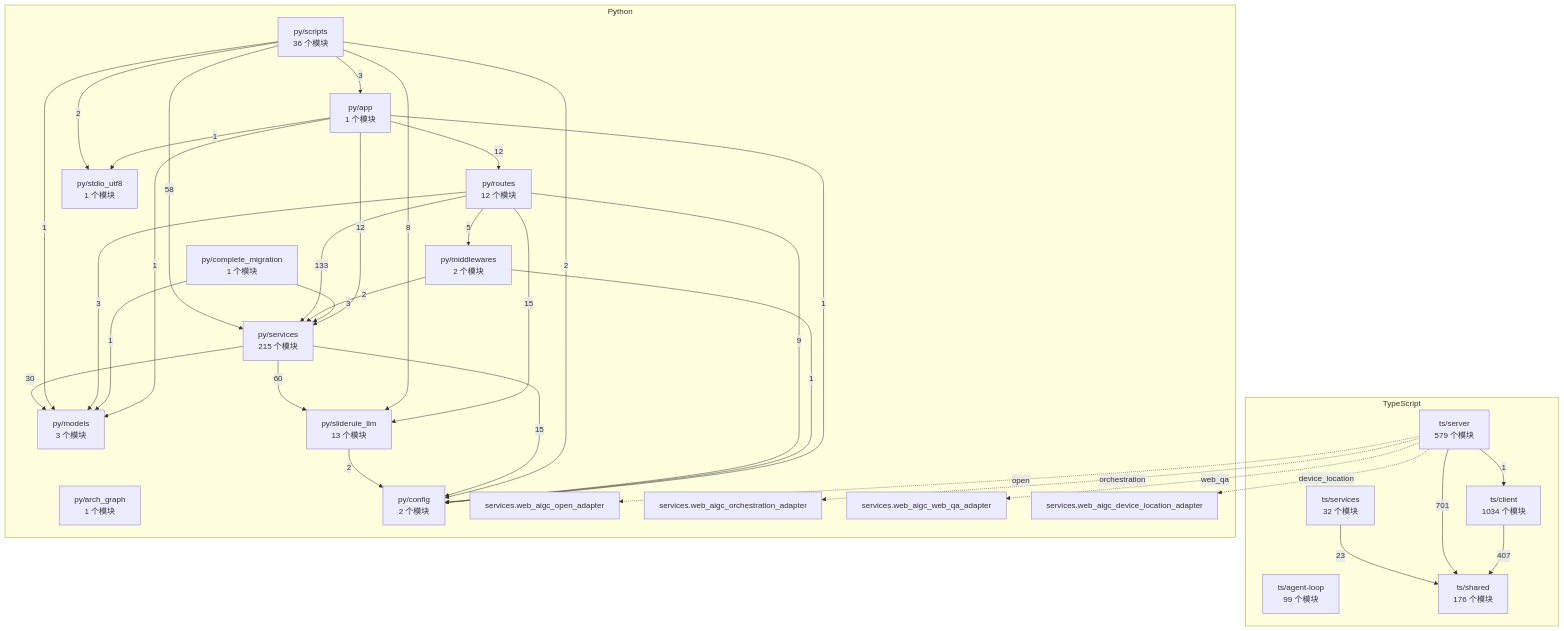
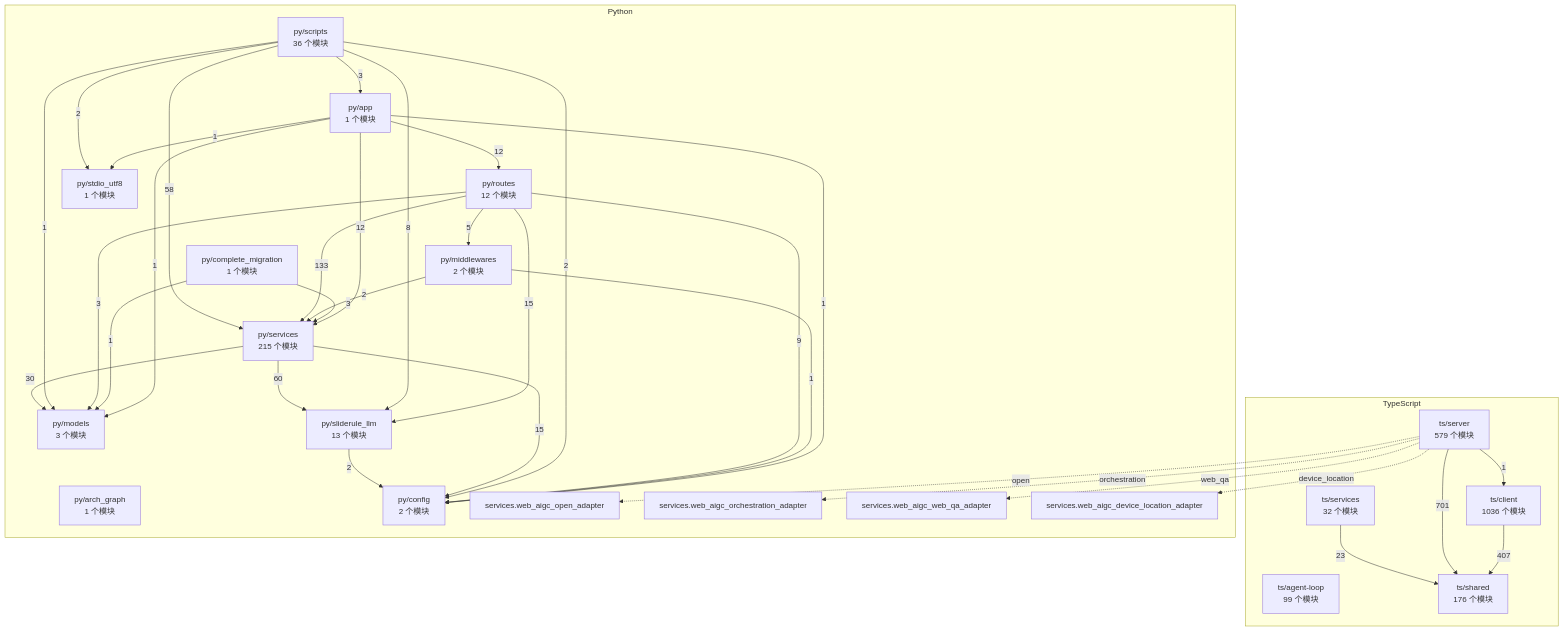
One commit to 2686521696/WhyBuddy changed the diagram in docs/WhyBuddy 全仓架构图（自动生成）.md. Above: the diagram before and after it, drawn with Mermaid. The commit also changed 2 other files, not shown here.

Commit message:
撤回 e0af3ff 的第二半：那个「信封」其实是发动机，摘了整轮停摆。
## 我改坏了什么

e0af3ff 里我把 `appbundle.runtimeClosure` 当成「只是出判定的信封」，
于是给点火清单加了条件，想避开"点火时算信封必然 0/6"：

    if _state_has_pages(state) or not picks:
        picks.append({"capabilityId": "appbundle.runtimeClosure", ...})

真机 sr-20260904163026（县域冷链）当场停摆：16:31 stamp 了
`factory-plan tools=spec,pages,structure,bind` 之后**一跳都没执行**，
30 分钟只有 GET 轮询，页面 0、版本 0、闭环 null。

## 为什么

它根本不只是信封。`execute_v5_capability("appbundle.runtimeClosure")` 那一支里
同时做**五系统模型生成**（_try_llm_generate_evidence）与**页面落库**
（_cache_spec_first_pages）。把它从点火清单摘掉 = 把发动机拆了，只剩一张计划单。

名字叫 runtimeClosure、干的却是「生成 + 判定」两件事——这个命名就是我误判的
直接原因。教训写进源码注释：**改它之前先读 execute_v5_capability 那一支**。

## 现在的状态

· 点火清单原样恢复（无条件 append），发动机回来了。
· e0af3ff 第一半保留：closure 那一跳 pick runtimeClosure，
  让判定在产出链末尾用真数据重算一次。这半没有反证据，也没参与这次停摆。
· 「证据 0/6」因此仍未解决——但它的根因需要重新查：既然点火时 runtimeClosure
  就在生成模型，那 0/6 就不是「顺序错了」这么简单。之前那个结论只对了一半。

## 判据

原来那两条钉的是被撤回的行为，改成钉**这次的错误**：点火一定带发动机、
它永远排在最后、清单不许为空、append 不许挂任何条件、源码里那段教训注释
不许删。变异（把条件加回去）咬中 4 条。

全量回到基线 22，两侧架构闸绿（全仓图跟着 TS 模块数变化重生成）。

Claude-Session: https://claude.ai/code/session_019nDERJmNCpLdi1tdPwjfqM

````diff
--- a/docs/WhyBuddy 全仓架构图（自动生成）.md
+++ b/docs/WhyBuddy 全仓架构图（自动生成）.md
@@ -14,59 +14,59 @@
 ```mermaid
 flowchart TB
   subgraph ts [TypeScript]
     ts_agent_loop["ts/agent-loop<br/>99 个模块"]
-    ts_client["ts/client<br/>1034 个模块"]
+    ts_client["ts/client<br/>1036 个模块"]
     ts_server["ts/server<br/>579 个模块"]
     ts_services["ts/services<br/>32 个模块"]
     ts_shared["ts/shared<br/>176 个模块"]
   end
   subgraph py [Python]
     py_app["py/app<br/>1 个模块"]
     py_arch_graph["py/arch_graph<br/>1 个模块"]
     py_complete_migration["py/complete_migration<br/>1 个模块"]
     py_config["py/config<br/>2 个模块"]
     py_middlewares["py/middlewares<br/>2 个模块"]
     py_models["py/models<br/>3 个模块"]
     py_routes["py/routes<br/>12 个模块"]
     py_scripts["py/scripts<br/>36 个模块"]
     py_services["py/services<br/>215 个模块"]
     py_sliderule_llm["py/sliderule_llm<br/>13 个模块"]
     py_stdio_utf8["py/stdio_utf8<br/>1 个模块"]
     py_services_web_aigc_open_adapter["services.web_aigc_open_adapter"]
     py_services_web_aigc_orchestration_adapter["services.web_aigc_orchestration_adapter"]
     py_services_web_aigc_web_qa_adapter["services.web_aigc_web_qa_adapter"]
     py_services_web_aigc_device_location_adapter["services.web_aigc_device_location_adapter"]
   end
   ts_client -->|407| ts_shared
   ts_server -->|1| ts_client
   ts_server -->|701| ts_shared
   ts_services -->|23| ts_shared
   py_app -->|1| py_config
   py_app -->|1| py_models
   py_app -->|12| py_routes
   py_app -->|12| py_services
   py_app -->|1| py_stdio_utf8
   py_complete_migration -->|1| py_models
   py_complete_migration -->|3| py_services
   py_middlewares -->|1| py_config
   py_middlewares -->|2| py_services
   py_routes -->|9| py_config
   py_routes -->|5| py_middlewares
   py_routes -->|3| py_models
   py_routes -->|133| py_services
   py_routes -->|15| py_sliderule_llm
   py_scripts -->|3| py_app
   py_scripts -->|2| py_config
   py_scripts -->|1| py_models
   py_scripts -->|58| py_services
   py_scripts -->|8| py_sliderule_llm
   py_scripts -->|2| py_stdio_utf8
   py_services -->|15| py_config
   py_services -->|30| py_models
   py_services -->|60| py_sliderule_llm
   py_sliderule_llm -->|2| py_config
   ts_server -.->|open| py_services_web_aigc_open_adapter
   ts_server -.->|orchestration| py_services_web_aigc_orchestration_adapter
   ts_server -.->|web_qa| py_services_web_aigc_web_qa_adapter
   ts_server -.->|device_location| py_services_web_aigc_device_location_adapter
 ```
````
